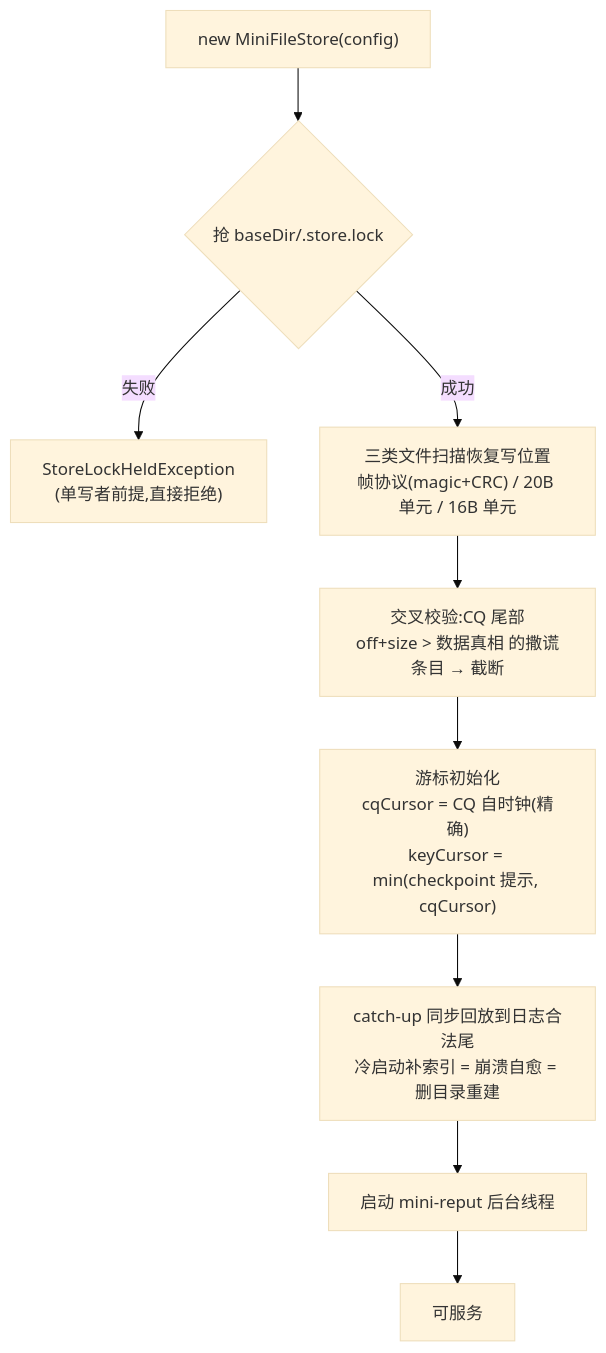
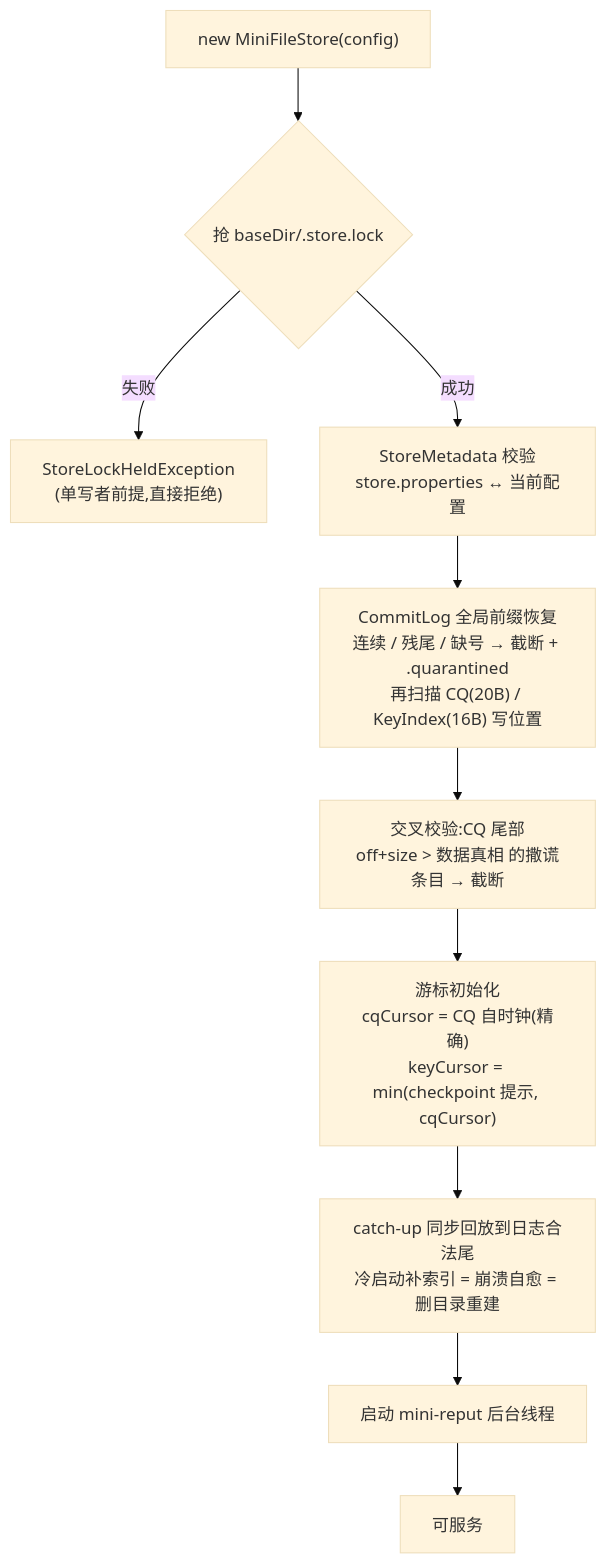
Before and after one commit to ispengya/mini-file-storage: the second of 2 diagrams in README.md, drawn with Mermaid (base theme). The commit also changed other lines of this file and 11 other files, not shown here.

First line of the commit message:
feat(core): CommitLog 全局前缀恢复与磁盘格式元数据校验

````diff
--- a/README.md
+++ b/README.md
@@ -92,11 +98,12 @@
 ```mermaid
 flowchart TD
     A["new MiniFileStore(config)"] --> B{"抢 baseDir/.store.lock"}
     B -- 失败 --> X["StoreLockHeldException<br/>(单写者前提,直接拒绝)"]
-    B -- 成功 --> C["三类文件扫描恢复写位置<br/>帧协议(magic+CRC) / 20B 单元 / 16B 单元"]
+    B -- 成功 --> M["StoreMetadata 校验<br/>store.properties ↔ 当前配置"]
+    M --> C["CommitLog 全局前缀恢复<br/>连续 / 残尾 / 缺号 → 截断 + .quarantined<br/>再扫描 CQ(20B) / KeyIndex(16B) 写位置"]
     C --> D["交叉校验:CQ 尾部<br/>off+size > 数据真相 的撒谎条目 → 截断"]
     D --> E["游标初始化<br/>cqCursor = CQ 自时钟(精确)<br/>keyCursor = min(checkpoint 提示, cqCursor)"]
     E --> F["catch-up 同步回放到日志合法尾<br/>冷启动补索引 = 崩溃自愈 = 删目录重建"]
     F --> G["启动 mini-reput 后台线程"]
     G --> H["可服务"]
 ```
````
